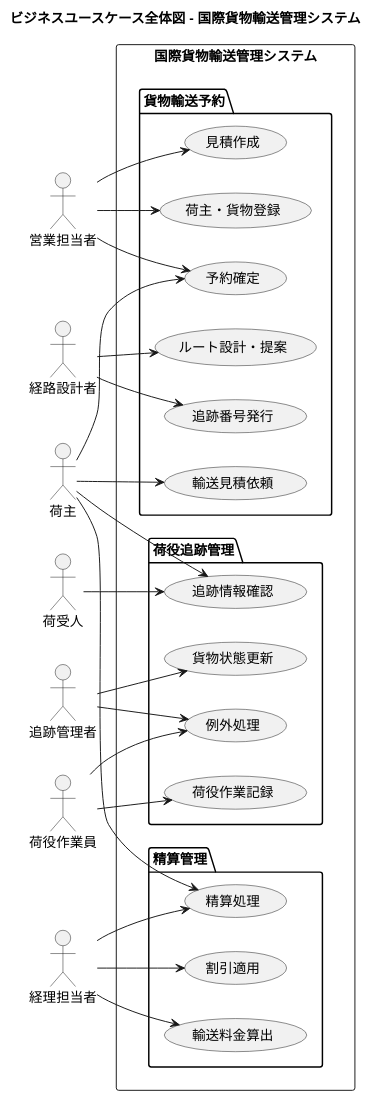
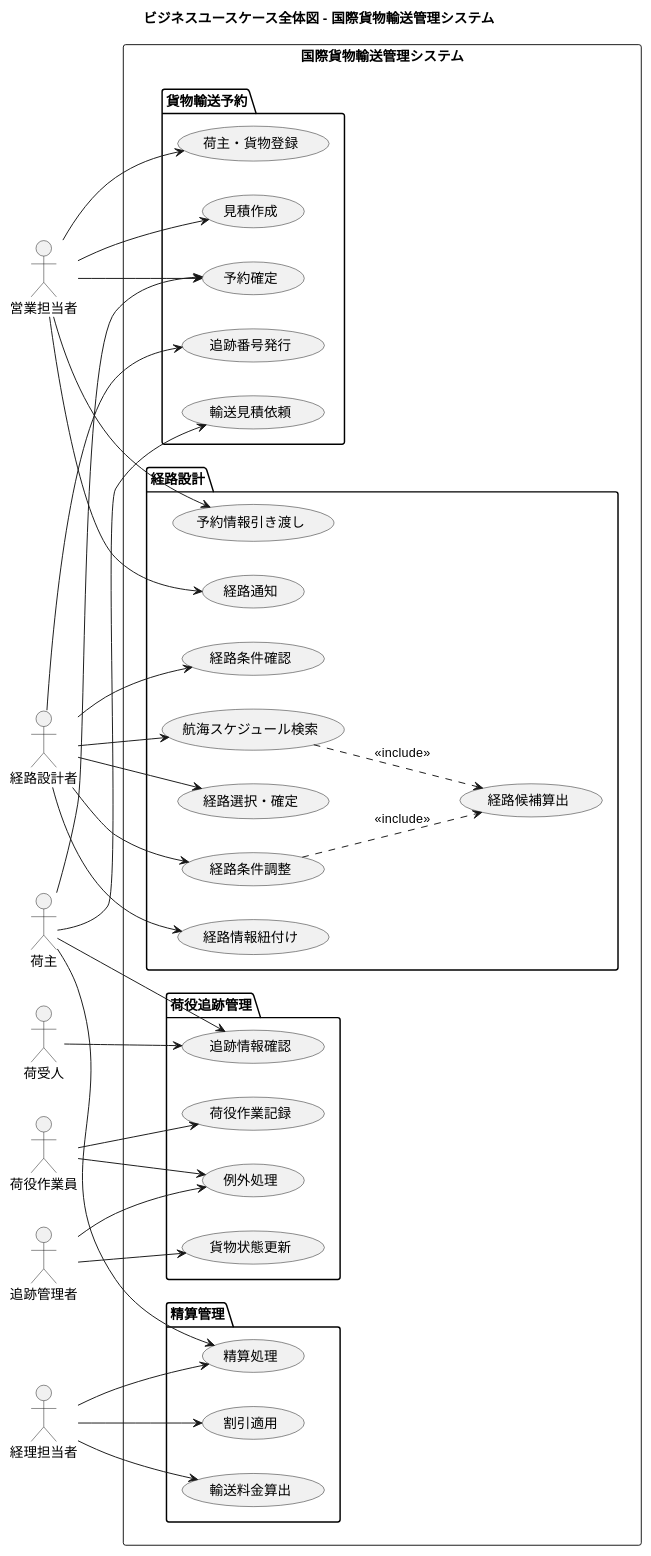
Before and after one commit to k2works/case-study-cargo-tracker: the diagram in docs/requirements/business_usecase.md, drawn with PlantUML. The commit also changed other lines of this file and 3 other files, not shown here.

````diff
--- a/docs/requirements/business_usecase.md
+++ b/docs/requirements/business_usecase.md
@@ -14,57 +14,74 @@
 ```plantuml
 @startuml
 
 title ビジネスユースケース全体図 - 国際貨物輸送管理システム
 
 left to right direction
 
 actor 荷主
 actor 荷受人
 actor 営業担当者
 actor 経路設計者
 actor 追跡管理者
 actor 荷役作業員
 actor 経理担当者
 
 rectangle 国際貨物輸送管理システム {
   package 貨物輸送予約 {
     usecase "輸送見積依頼" as BUC01
     usecase "見積作成" as BUC02
     usecase "荷主・貨物登録" as BUC03
-    usecase "ルート設計・提案" as BUC04
-    usecase "予約確定" as BUC05
-    usecase "追跡番号発行" as BUC06
+    usecase "予約確定" as BUC04
+    usecase "追跡番号発行" as BUC05
+  }
+  package 経路設計 {
+    usecase "予約情報引き渡し" as BUC06
+    usecase "経路条件確認" as BUC07
+    usecase "航海スケジュール検索" as BUC08
+    usecase "経路候補算出" as BUC09
+    usecase "経路選択・確定" as BUC10
+    usecase "経路条件調整" as BUC11
+    usecase "経路情報紐付け" as BUC12
+    usecase "経路通知" as BUC13
   }
   package 荷役追跡管理 {
-    usecase "荷役作業記録" as BUC07
-    usecase "貨物状態更新" as BUC08
-    usecase "追跡情報確認" as BUC09
-    usecase "例外処理" as BUC10
+    usecase "荷役作業記録" as BUC14
+    usecase "貨物状態更新" as BUC15
+    usecase "追跡情報確認" as BUC16
+    usecase "例外処理" as BUC17
   }
   package 精算管理 {
-    usecase "輸送料金算出" as BUC11
-    usecase "割引適用" as BUC12
-    usecase "精算処理" as BUC13
+    usecase "輸送料金算出" as BUC18
+    usecase "割引適用" as BUC19
+    usecase "精算処理" as BUC20
   }
 }
 
 荷主 --> BUC01
-荷主 --> BUC05
-荷主 --> BUC09
-荷受人 --> BUC09
+荷主 --> BUC04
+荷主 --> BUC16
+荷受人 --> BUC16
 営業担当者 --> BUC02
 営業担当者 --> BUC03
-営業担当者 --> BUC05
-経路設計者 --> BUC04
-経路設計者 --> BUC06
-荷役作業員 --> BUC07
-荷役作業員 --> BUC10
-追跡管理者 --> BUC08
-追跡管理者 --> BUC10
-経理担当者 --> BUC11
-経理担当者 --> BUC12
-経理担当者 --> BUC13
-荷主 --> BUC13
+営業担当者 --> BUC04
+営業担当者 --> BUC06
+営業担当者 --> BUC13
+経路設計者 --> BUC07
+経路設計者 --> BUC08
+経路設計者 --> BUC10
+経路設計者 --> BUC11
+経路設計者 --> BUC12
+経路設計者 --> BUC05
+BUC08 ..> BUC09 : <<include>>
+BUC11 ..> BUC09 : <<include>>
+荷役作業員 --> BUC14
+荷役作業員 --> BUC17
+追跡管理者 --> BUC15
+追跡管理者 --> BUC17
+経理担当者 --> BUC18
+経理担当者 --> BUC19
+経理担当者 --> BUC20
+荷主 --> BUC20
 
 @enduml
 ```
````
